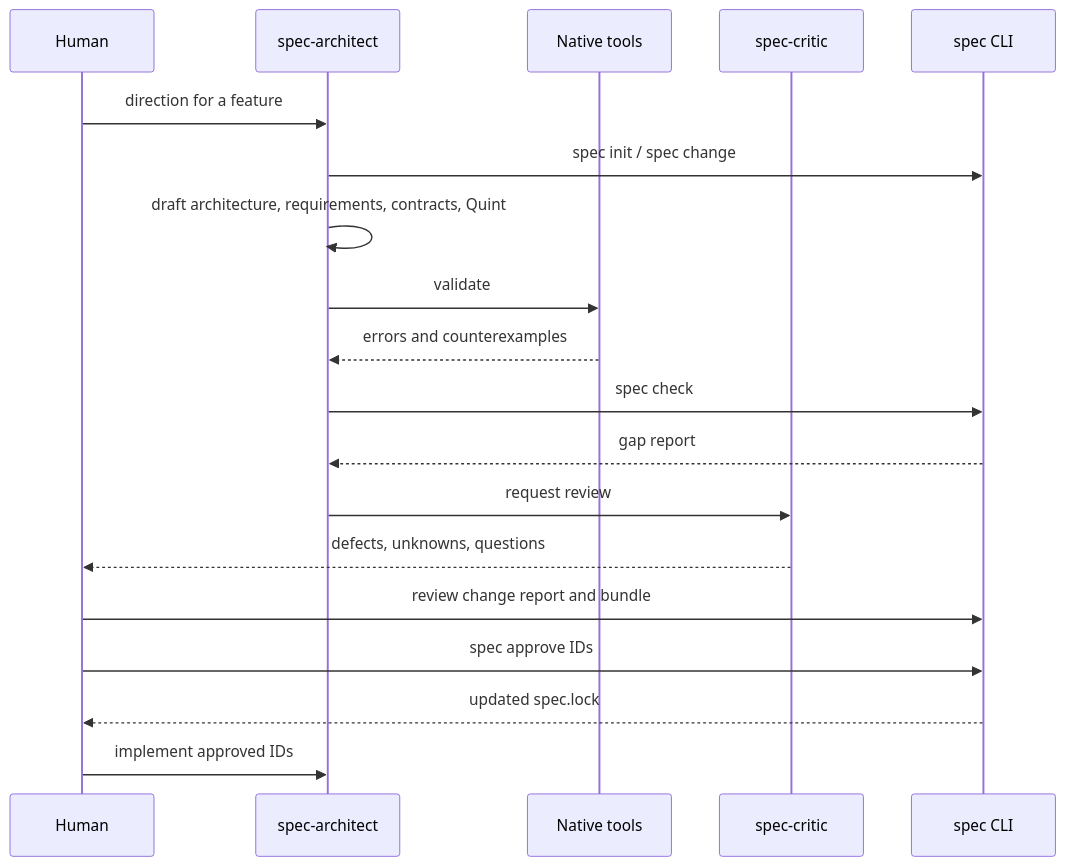
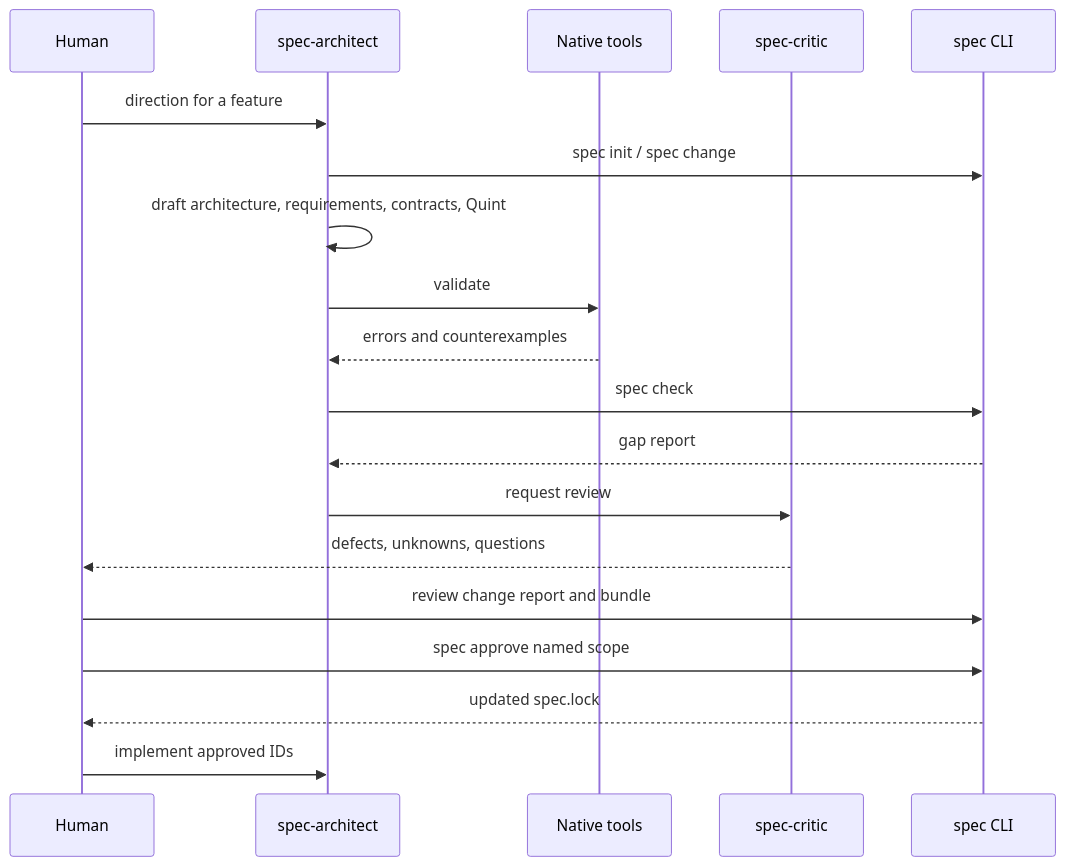
Before and after one commit to joaosimsic/spec-framework: the diagram in docs/workflow/authoring.md, drawn with Mermaid. The commit also changed other lines of this file and 10 other files, not shown here.

Commit message:
feat: named scope approval

````diff
--- a/docs/workflow/authoring.md
+++ b/docs/workflow/authoring.md
@@ -36,21 +37,21 @@
 ```mermaid
 sequenceDiagram
     participant H as Human
     participant A as spec-architect
     participant T as Native tools
     participant C as spec-critic
     participant CLI as spec CLI
     H->>A: direction for a feature
     A->>CLI: spec init / spec change
     A->>A: draft architecture, requirements, contracts, Quint
     A->>T: validate
     T-->>A: errors and counterexamples
     A->>CLI: spec check
     CLI-->>A: gap report
     A->>C: request review
     C-->>H: defects, unknowns, questions
     H->>CLI: review change report and bundle
-    H->>CLI: spec approve IDs
+    H->>CLI: spec approve named scope
     CLI-->>H: updated spec.lock
     H->>A: implement approved IDs
 ```
````
